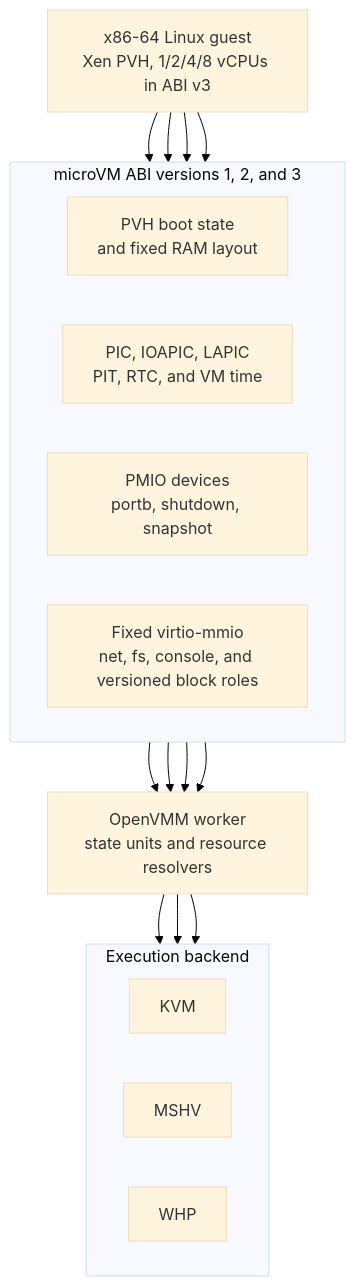
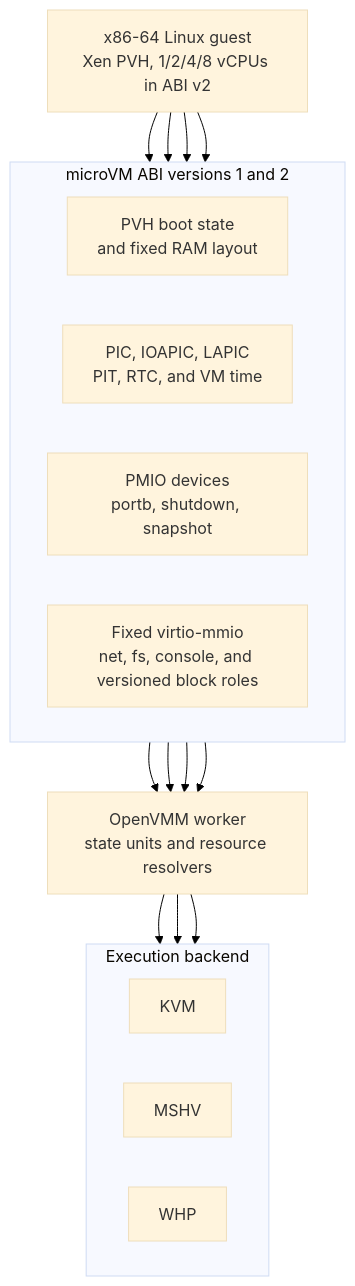
The third of 7 diagrams in doc/design.md (microsoft/nvx), drawn with Mermaid before and after one commit. The commit also changed other lines of this file and 10 other files, not shown here.

````diff
--- a/doc/design.md
+++ b/doc/design.md
@@ -232,34 +233,34 @@
 ```mermaid
 %%{init: {"theme": "base", "themeVariables": {"background": "#ffffff"}}}%%
 flowchart TB
-   Guest["x86-64 Linux guest<br/>Xen PVH, 1/2/4/8 vCPUs in ABI v3"]
+   Guest["x86-64 Linux guest<br/>Xen PVH, 1/2/4/8 vCPUs in ABI v2"]
 
-   subgraph Abi["microVM ABI versions 1, 2, and 3"]
+   subgraph Abi["microVM ABI versions 1 and 2"]
       direction LR
       Boot["PVH boot state<br/>and fixed RAM layout"]
       Interrupts["PIC, IOAPIC, LAPIC<br/>PIT, RTC, and VM time"]
       Pmio["PMIO devices<br/>portb, shutdown, snapshot"]
       Virtio["Fixed virtio-mmio<br/>net, fs, console, and versioned block roles"]
    end
 
    Common["OpenVMM worker<br/>state units and resource resolvers"]
 
    subgraph Backends["Execution backend"]
       direction LR
       KvmBackend["KVM"]
       MshvBackend["MSHV"]
       WhpBackend["WHP"]
    end
 
    Guest --> Boot
    Guest --> Interrupts
    Guest --> Pmio
    Guest --> Virtio
    Boot --> Common
    Interrupts --> Common
    Pmio --> Common
    Virtio --> Common
    Common --> KvmBackend
    Common --> MshvBackend
    Common --> WhpBackend
 ```
````
